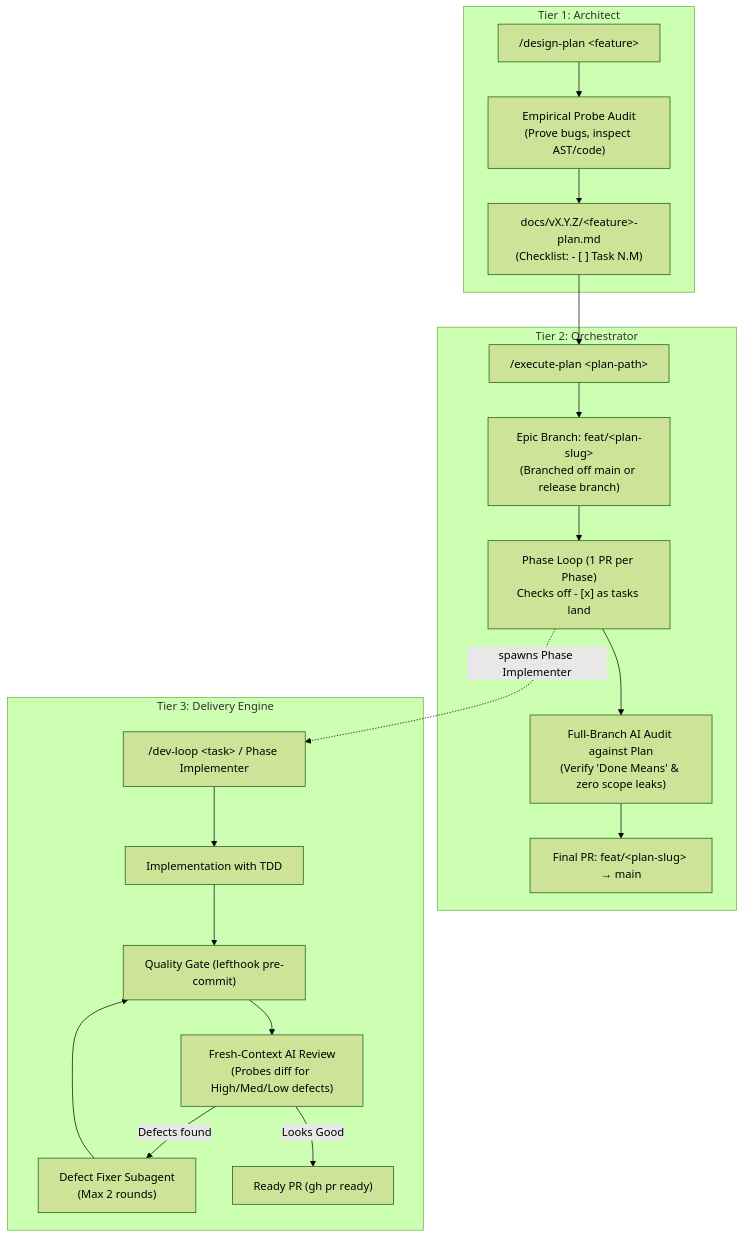
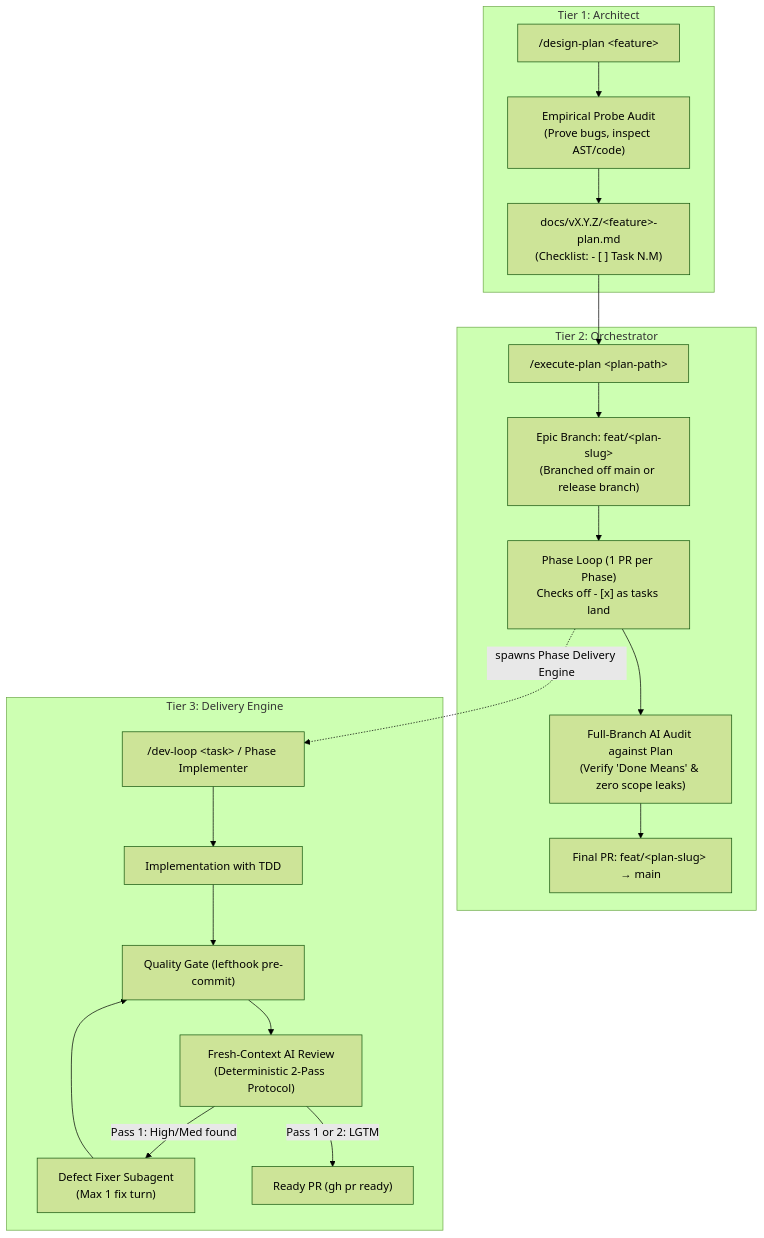
Before and after one commit to seriva/bootstrap: the first of 2 diagrams in docs/agentic-workflows.md, drawn with Mermaid (forest theme). The commit also changed 6 other files, not shown here.

````diff
--- a/docs/agentic-workflows.md
+++ b/docs/agentic-workflows.md
@@ -11,37 +11,37 @@
 ```mermaid
 flowchart TD
     subgraph Tier1 ["Tier 1: Architect"]
         DP["/design-plan &lt;feature&gt;"]
         Audit["Empirical Probe Audit\n(Prove bugs, inspect AST/code)"]
         PlanDoc["docs/vX.Y.Z/&lt;feature&gt;-plan.md\n(Checklist: - [ ] Task N.M)"]
         DP --> Audit --> PlanDoc
     end
 
     subgraph Tier2 ["Tier 2: Orchestrator"]
         EP["/execute-plan &lt;plan-path&gt;"]
         PlanBranch["Epic Branch: feat/&lt;plan-slug&gt;\n(Branched off main or release branch)"]
         PhaseLoop["Phase Loop (1 PR per Phase)\nChecks off - [x] as tasks land"]
         FinalAudit["Full-Branch AI Audit against Plan\n(Verify 'Done Means' & zero scope leaks)"]
         FinalPR["Final PR: feat/&lt;plan-slug&gt; &rarr; main"]
         
         PlanDoc --> EP
         EP --> PlanBranch
         PlanBranch --> PhaseLoop
         PhaseLoop --> FinalAudit
         FinalAudit --> FinalPR
     end
 
     subgraph Tier3 ["Tier 3: Delivery Engine"]
         DL["/dev-loop &lt;task&gt; / Phase Implementer"]
         TDD["Implementation with TDD"]
         Gate["Quality Gate (lefthook pre-commit)"]
-        Review["Fresh-Context AI Review\n(Probes diff for High/Med/Low defects)"]
-        Fix["Defect Fixer Subagent\n(Max 2 rounds)"]
+        Review["Fresh-Context AI Review\n(Deterministic 2-Pass Protocol)"]
+        Fix["Defect Fixer Subagent\n(Max 1 fix turn)"]
         PR["Ready PR (gh pr ready)"]
 
-        PhaseLoop -.->|"spawns Phase Implementer"| DL
+        PhaseLoop -.->|"spawns Phase Delivery Engine"| DL
         DL --> TDD --> Gate --> Review
-        Review -- Defects found --> Fix --> Gate
-        Review -- Looks Good --> PR
+        Review -- "Pass 1: High/Med found" --> Fix --> Gate
+        Review -- "Pass 1 or 2: LGTM" --> PR
     end
 ```
````
